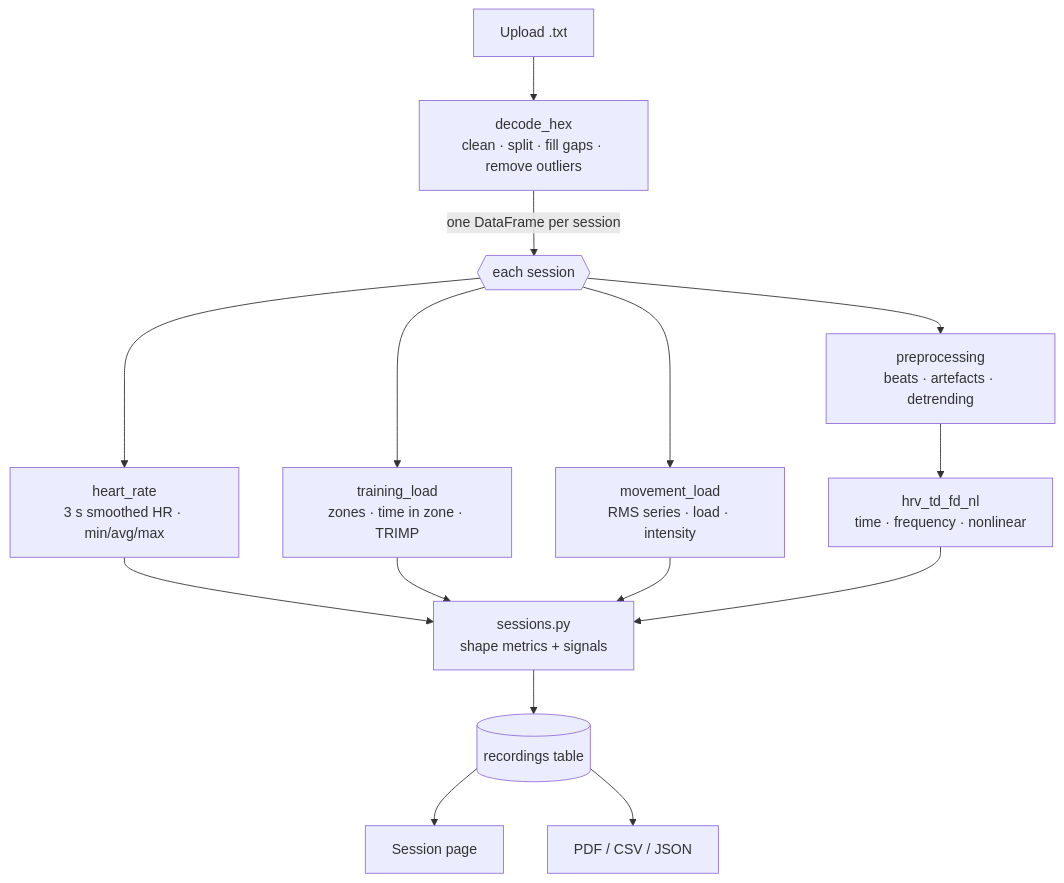
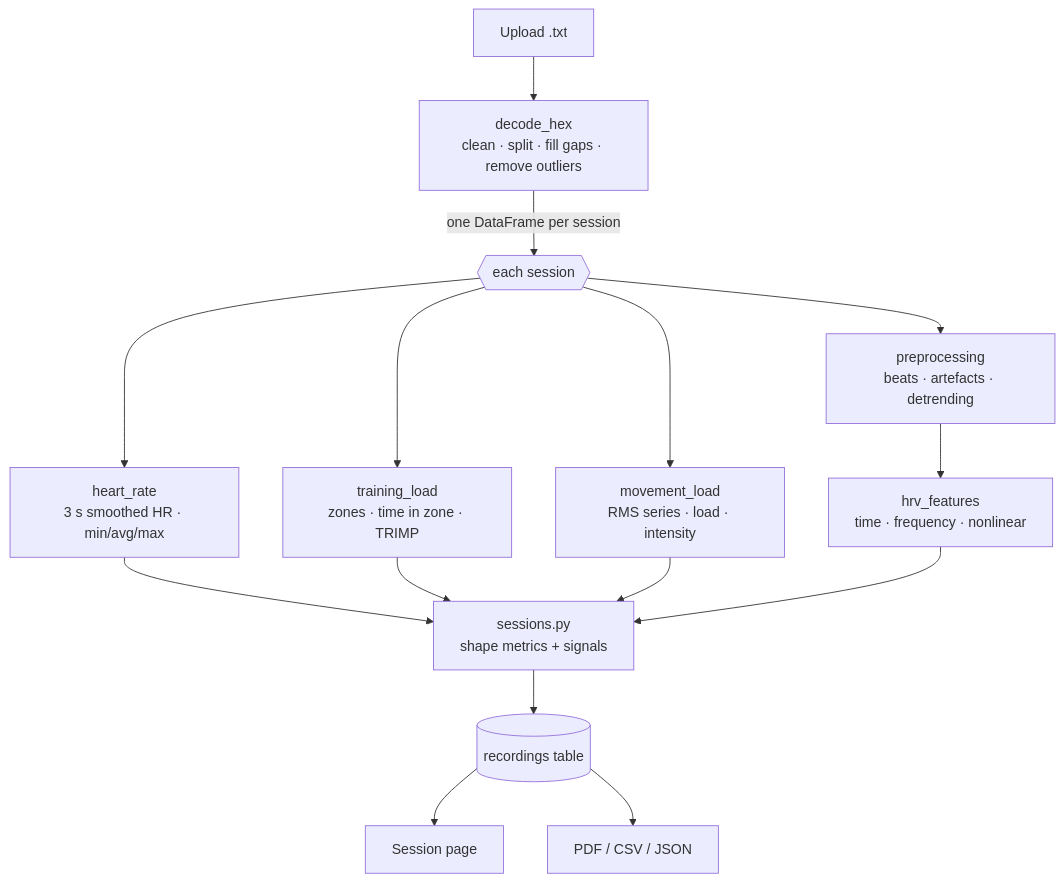
Before and after one commit to Sivaneshakumar27/netribeat: the diagram in docs/processing.md, drawn with Mermaid. The commit also changed other lines of this file and 8 other files, not shown here.

Commit message:
Rename engine/algo/hrv_td_fd_nl to hrv_features

````diff
--- a/docs/processing.md
+++ b/docs/processing.md
@@ -12,13 +12,13 @@
 ```mermaid
 flowchart TD
     U[Upload .txt] --> D["decode_hex<br/>clean · split · fill gaps · remove outliers"]
     D -->|one DataFrame per session| S{{each session}}
     S --> HR[heart_rate<br/>3 s smoothed HR · min/avg/max]
     S --> TL[training_load<br/>zones · time in zone · TRIMP]
     S --> ML[movement_load<br/>RMS series · load · intensity]
     S --> RR[preprocessing<br/>beats · artefacts · detrending]
-    RR --> HRV[hrv_td_fd_nl<br/>time · frequency · nonlinear]
+    RR --> HRV[hrv_features<br/>time · frequency · nonlinear]
     HR & TL & ML & HRV --> P[sessions.py<br/>shape metrics + signals]
     P --> DB[(recordings table)]
     DB --> UI[Session page] & R[PDF / CSV / JSON]
 ```
````
